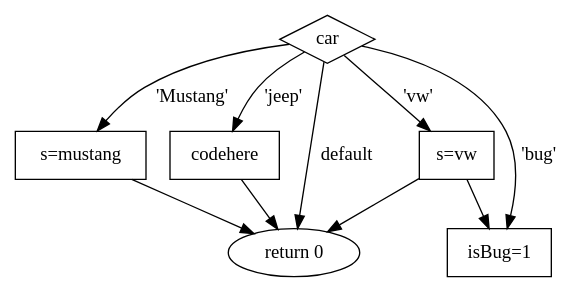
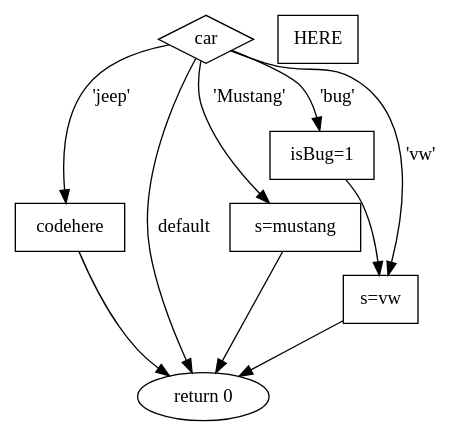
Before and after one commit to barakaki/cs451graph: the diagram in a.dot, drawn with Graphviz. The commit also changed 4 other files, not shown here.

```diff
--- a/a.dot
+++ b/a.dot
@@ -1,21 +1,22 @@
 digraph{
  node[shape = rectangle]
  
 0[label = "car" shape = diamond]
 0->1[label ="'jeep'"]
 1[label = "codehere"]
 1->-1
 -1[label = "return 0",shape=oval]
 0->2[label ="'Mustang'"]
 2[label = "s=mustang"]
 2->-1
 -1[label = "return 0",shape=oval]
 0->3[label ="'bug'"]
 3[label = "isBug=1"]
-4->3
+HERE
+3->4
 0->4[label ="'vw'"]
 4[label = "s=vw"]
 4->-1
 -1[label = "return 0",shape=oval]
 0->-1[label = "default"]
 }
```
